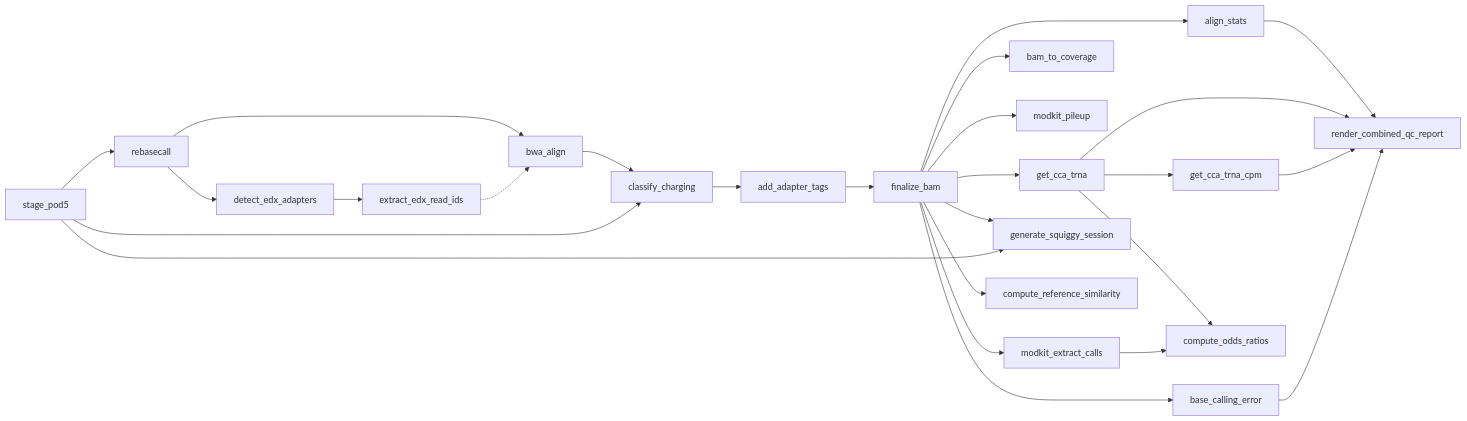
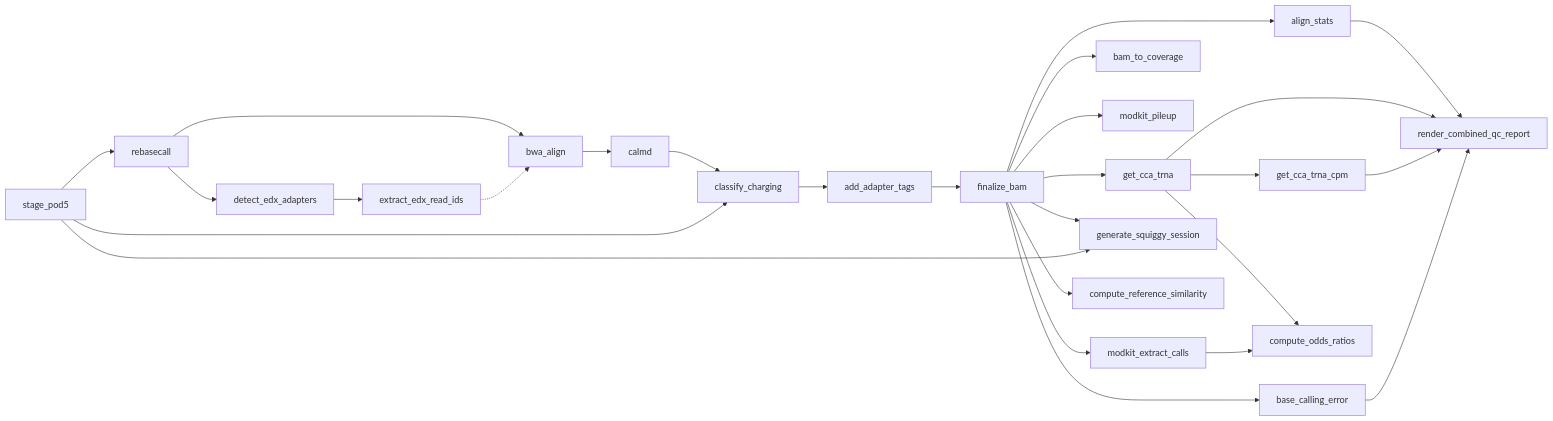
One commit to rnabioco/aa-tRNA-seq-pipeline changed the diagram in docs/workflow/rules-reference.md. Above: the diagram before and after it, drawn with Mermaid. The commit also changed other lines of this file and 11 other files, not shown here.

````diff
--- a/docs/workflow/rules-reference.md
+++ b/docs/workflow/rules-reference.md
@@ -671,28 +701,29 @@
 ```mermaid
 flowchart LR
     stage_pod5 --> rebasecall
     rebasecall --> bwa_align
     rebasecall --> detect_edx_adapters
     detect_edx_adapters --> extract_edx_read_ids
     extract_edx_read_ids -.-> bwa_align
-    bwa_align --> classify_charging
+    bwa_align --> calmd
+    calmd --> classify_charging
     stage_pod5 --> classify_charging
     classify_charging --> add_adapter_tags
     add_adapter_tags --> finalize_bam
     finalize_bam --> get_cca_trna
     finalize_bam --> base_calling_error
     finalize_bam --> align_stats
     finalize_bam --> bam_to_coverage
     finalize_bam --> modkit_pileup
     finalize_bam --> modkit_extract_calls
     get_cca_trna --> get_cca_trna_cpm
     get_cca_trna --> compute_odds_ratios
     modkit_extract_calls --> compute_odds_ratios
     finalize_bam --> generate_squiggy_session
     stage_pod5 --> generate_squiggy_session
     finalize_bam --> compute_reference_similarity
     align_stats --> render_combined_qc_report
     get_cca_trna --> render_combined_qc_report
     get_cca_trna_cpm --> render_combined_qc_report
     base_calling_error --> render_combined_qc_report
 ```
````
